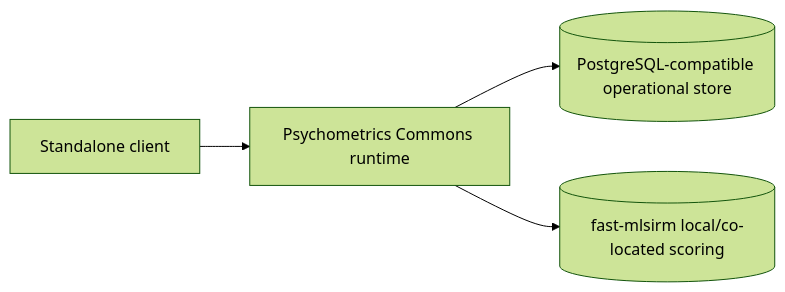
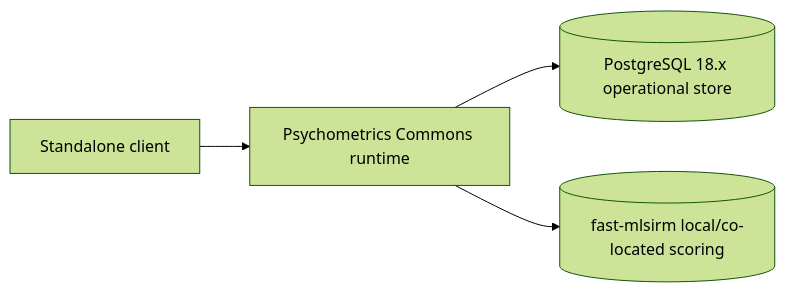
One commit to ContextualWisdomLab/psychometrics-commons changed the first of 2 diagrams in docs/architecture/DEPLOYMENT_AND_OPERATIONS.md. Above: the diagram before and after it, drawn with Mermaid (forest theme). The commit also changed other lines of this file, not shown here.

````diff
--- a/docs/architecture/DEPLOYMENT_AND_OPERATIONS.md
+++ b/docs/architecture/DEPLOYMENT_AND_OPERATIONS.md
@@ -14,11 +16,11 @@
 ```mermaid
 flowchart LR
     client[Standalone client]
     runtime[Psychometrics Commons runtime]
-    db[(PostgreSQL-compatible operational store)]
+    db[(PostgreSQL 18.x operational store)]
     fast[(fast-mlsirm local/co-located scoring)]
 
     client --> runtime
     runtime --> db
     runtime --> fast
 ```
````
